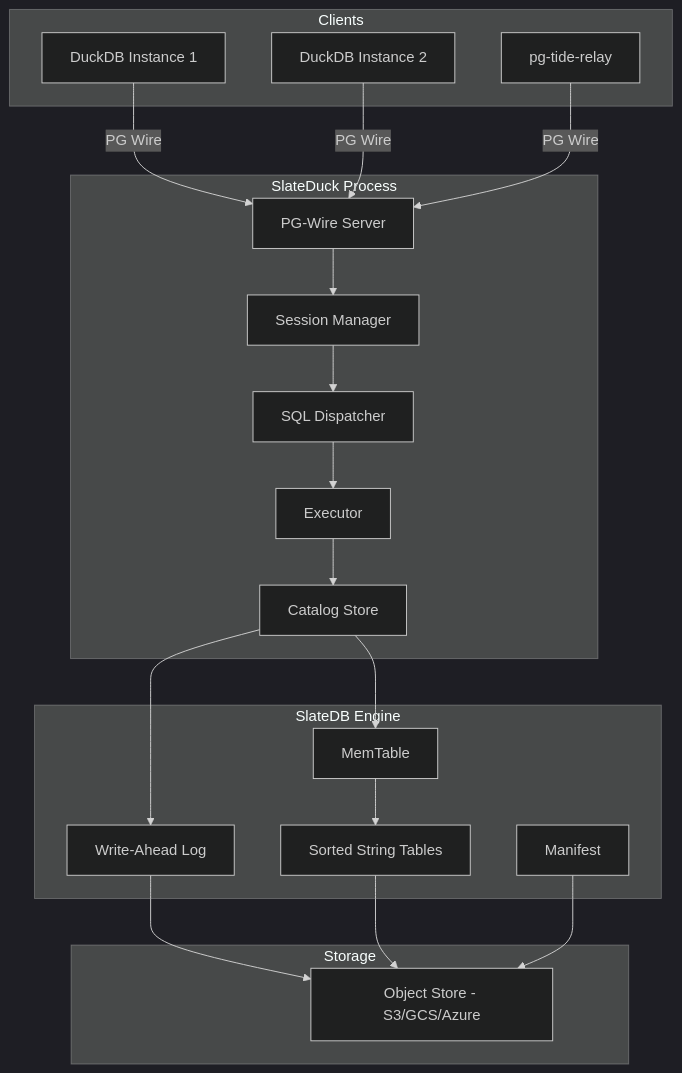
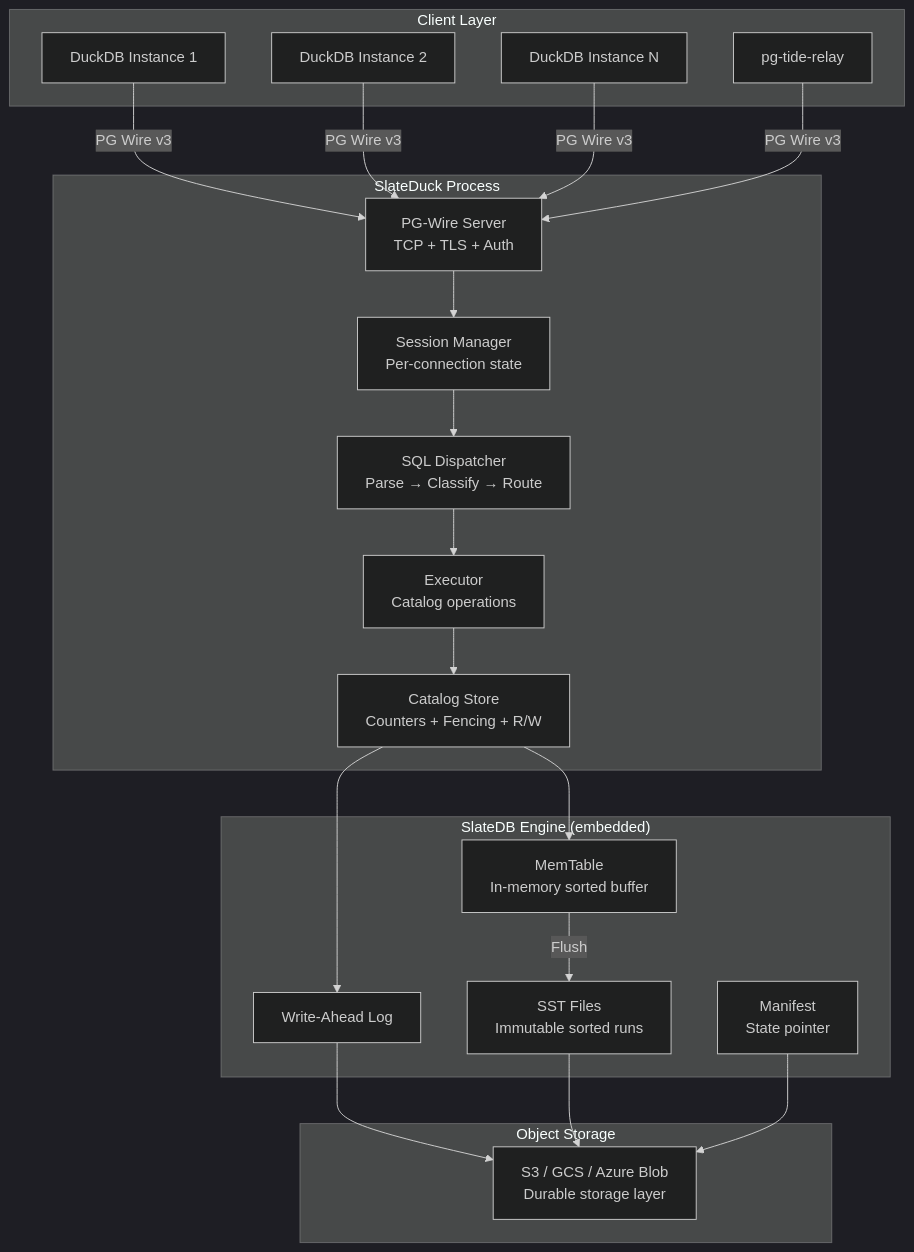
The first of 6 diagrams in docs/architecture/overview.md (trickle-labs/rocklake), drawn with Mermaid (dark theme) before and after one commit. The commit also changed other lines of this file and 253 other files, not shown here.

````diff
--- a/docs/architecture/overview.md
+++ b/docs/architecture/overview.md
@@ -7,37 +9,39 @@
 ```mermaid
 graph TB
-    subgraph Clients
+    subgraph Clients["Client Layer"]
         DB1[DuckDB Instance 1]
         DB2[DuckDB Instance 2]
+        DB3[DuckDB Instance N]
         PT[pg-tide-relay]
     end
-    subgraph "SlateDuck Process"
-        PG[PG-Wire Server]
-        SQL[SQL Dispatcher]
-        EXEC[Executor]
-        SESS[Session Manager]
-        CAT[Catalog Store]
+    subgraph SlateDuck["SlateDuck Process"]
+        PG[PG-Wire Server<br/>TCP + TLS + Auth]
+        SESS[Session Manager<br/>Per-connection state]
+        SQL[SQL Dispatcher<br/>Parse → Classify → Route]
+        EXEC[Executor<br/>Catalog operations]
+        CAT[Catalog Store<br/>Counters + Fencing + R/W]
     end
-    subgraph "SlateDB Engine"
+    subgraph SlateDB["SlateDB Engine (embedded)"]
         WAL[Write-Ahead Log]
-        MEM[MemTable]
-        SST[Sorted String Tables]
-        MAN[Manifest]
+        MEM[MemTable<br/>In-memory sorted buffer]
+        SST[SST Files<br/>Immutable sorted runs]
+        MAN[Manifest<br/>State pointer]
     end
-    subgraph Storage
-        S3[Object Store - S3/GCS/Azure]
+    subgraph Storage["Object Storage"]
+        S3[S3 / GCS / Azure Blob<br/>Durable storage layer]
     end
-    DB1 -->|PG Wire| PG
-    DB2 -->|PG Wire| PG
-    PT -->|PG Wire| PG
+    DB1 -->|PG Wire v3| PG
+    DB2 -->|PG Wire v3| PG
+    DB3 -->|PG Wire v3| PG
+    PT -->|PG Wire v3| PG
     PG --> SESS
     SESS --> SQL
     SQL --> EXEC
     EXEC --> CAT
     CAT --> WAL
     CAT --> MEM
     WAL --> S3
-    MEM --> SST
+    MEM -->|Flush| SST
     SST --> S3
     MAN --> S3
 ```
````
